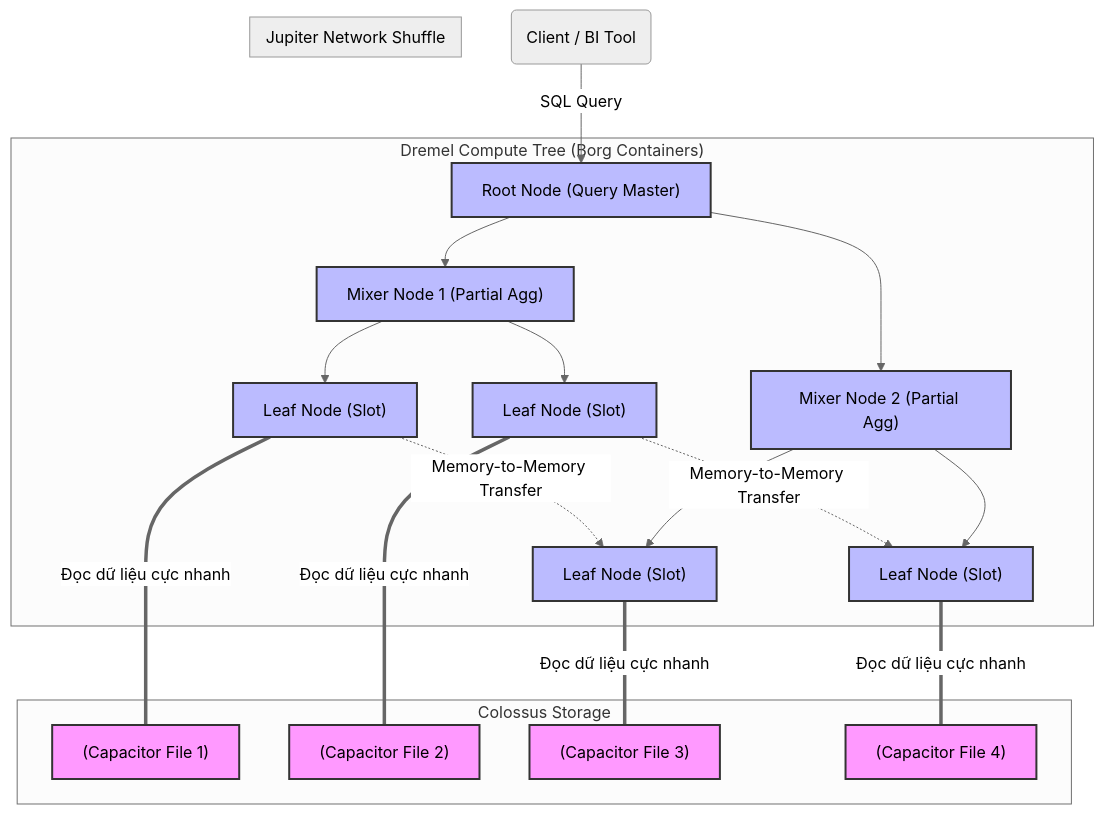
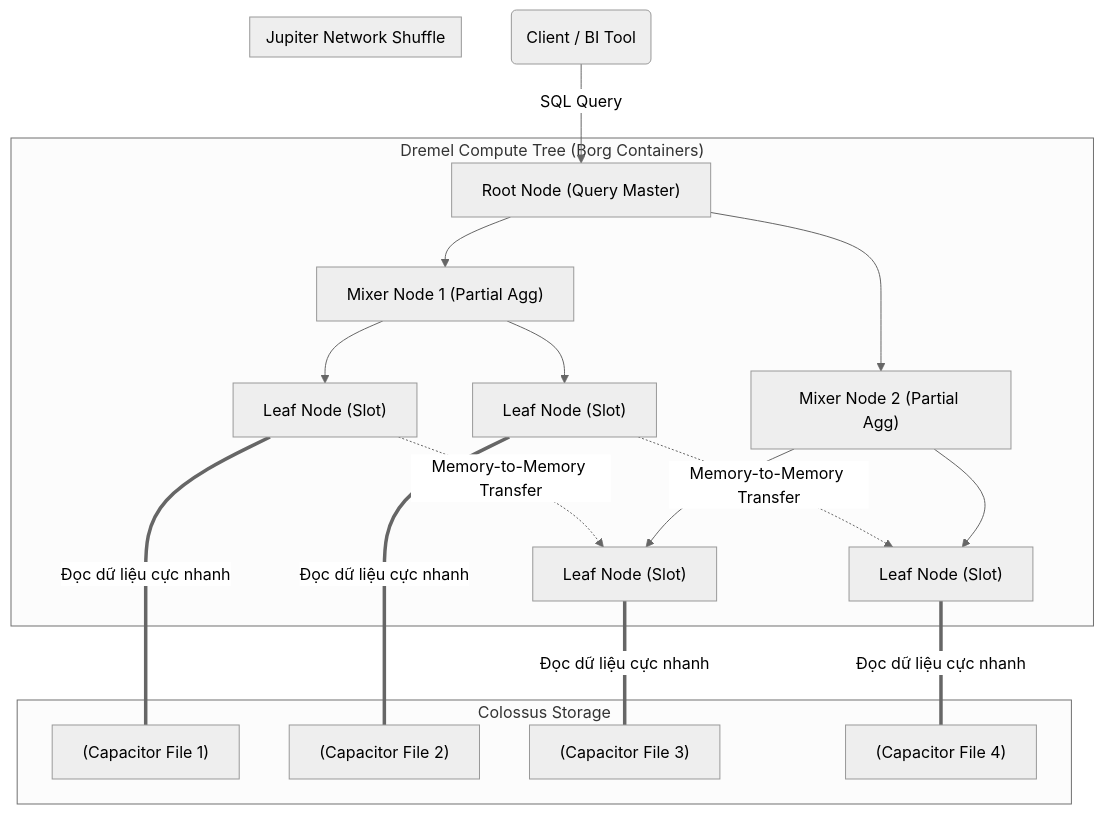
One commit to kythuatdulieu/kythuatdulieu.github.io changed the diagram in src/content/docs/concepts/3-storage-engines-formats/serverless-data.md. Above: the diagram before and after it, drawn with Mermaid (neutral theme). The commit also changed 682 other files, not shown here.

````diff
--- a/src/content/docs/concepts/3-storage-engines-formats/serverless-data.md
+++ b/src/content/docs/concepts/3-storage-engines-formats/serverless-data.md
@@ -34,36 +34,34 @@
 ```mermaid
 graph TD
-    classDef storage fill:#f9f,stroke:#333,stroke-width:2px;
-    classDef compute fill:#bbf,stroke:#333,stroke-width:2px;
 
     Client("Client / BI Tool") -->|SQL Query| Root["Root Node (Query Master)"]
     
     subgraph Dremel_Compute_Tree["Dremel Compute Tree (Borg Containers)"]
         Root --> M1["Mixer Node 1 (Partial Agg)"]
         Root --> M2["Mixer Node 2 (Partial Agg)"]
         
         M1 --> L1["Leaf Node (Slot)"]
         M1 --> L2["Leaf Node (Slot)"]
         M2 --> L3["Leaf Node (Slot)"]
         M2 --> L4["Leaf Node (Slot)"]
     end
     
     subgraph Jupiter_Network["Jupiter Network Shuffle"]
         L1 -.->|Memory-to-Memory Transfer| L3
         L2 -.->|Memory-to-Memory Transfer| L4
     end
 
     subgraph Colossus_Storage["Colossus Storage"]
         S1["(Capacitor File 1)"]:::storage
         S2["(Capacitor File 2)"]:::storage
         S3["(Capacitor File 3)"]:::storage
         S4["(Capacitor File 4)"]:::storage
     end
 
     L1 ===|Đọc dữ liệu cực nhanh| S1
     L2 ===|Đọc dữ liệu cực nhanh| S2
     L3 ===|Đọc dữ liệu cực nhanh| S3
     L4 ===|Đọc dữ liệu cực nhanh| S4
     
     class L1,L2,L3,L4,M1,M2,Root compute;
 ```
````
